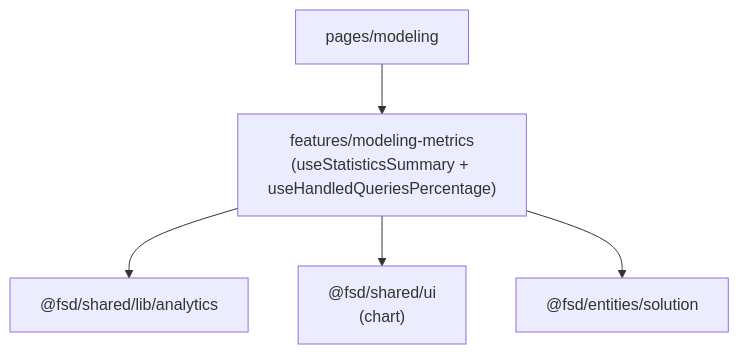
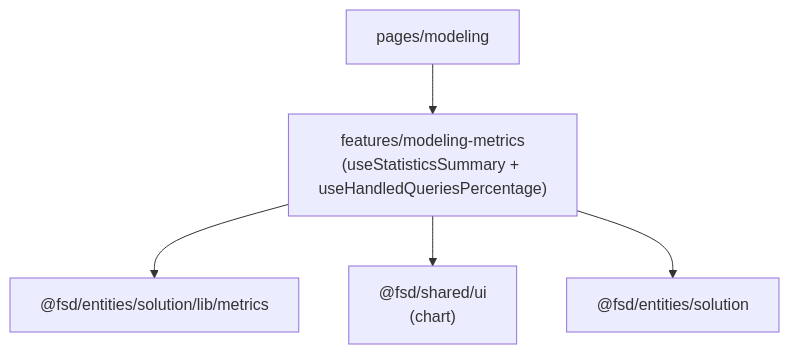
Before and after one commit to QOLQA/DBCapibara-next: the seventh of 9 diagrams in docs/architecture/frontend-fsd-architecture.md, drawn with Mermaid. The commit also changed other lines of this file and 12 other files, not shown here.

Commit message:
refactor(fsd): rename solution/lib/analytics to lib/metrics

````diff
--- a/docs/architecture/frontend-fsd-architecture.md
+++ b/docs/architecture/frontend-fsd-architecture.md
@@ -224,7 +225,7 @@
 ```mermaid
 flowchart TB
   pageCanva["pages/modeling"] --> featModelingMetrics["features/modeling-metrics\n(useStatisticsSummary + useHandledQueriesPercentage)"]
-  featModelingMetrics --> sharedLibAnalytics["@fsd/shared/lib/analytics"]
+  featModelingMetrics --> entSolutionLibMetrics["@fsd/entities/solution/lib/metrics"]
   featModelingMetrics --> sharedUi["@fsd/shared/ui\n(chart)"]
   featModelingMetrics --> entSolution["@fsd/entities/solution"]
 ```
````
